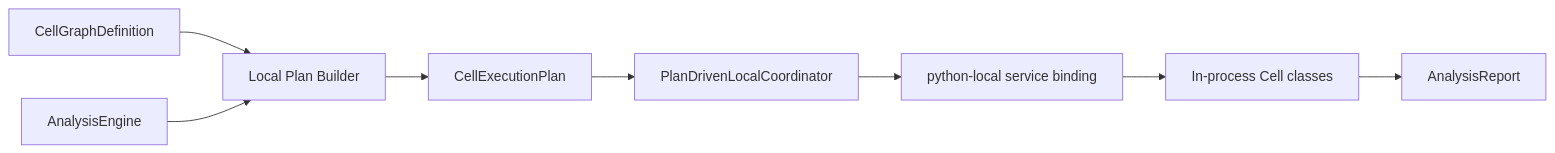
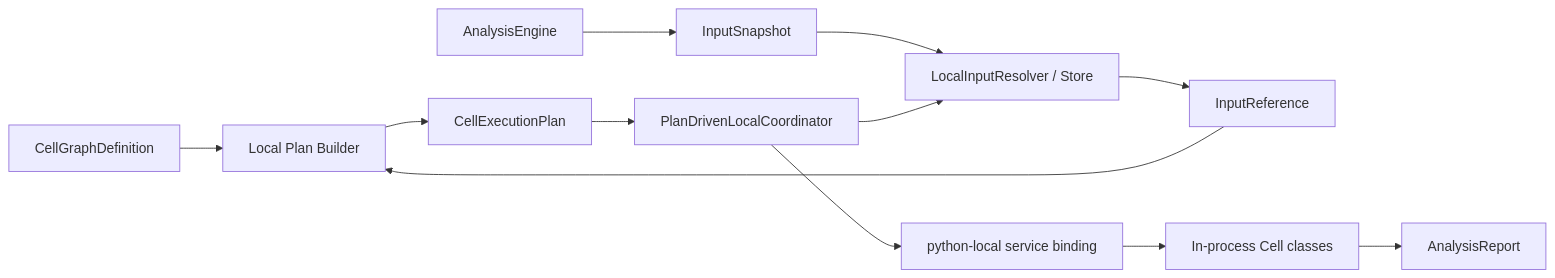
One commit to ModWU/market-cell changed the second of 3 diagrams in docs/cell_execution_fabric.md. Above: the diagram before and after it, drawn with Mermaid. The commit also changed other lines of this file and 42 other files, not shown here.

````diff
--- a/docs/cell_execution_fabric.md
+++ b/docs/cell_execution_fabric.md
@@ -334,10 +360,14 @@
 ```mermaid
 flowchart LR
     Graph["CellGraphDefinition"] --> Planner["Local Plan Builder"]
-    Engine["AnalysisEngine"] --> Planner
+    Engine["AnalysisEngine"] --> Snapshot["InputSnapshot"]
+    Snapshot --> Store["LocalInputResolver / Store"]
+    Store --> Reference["InputReference"]
+    Reference --> Planner
     Planner --> Plan["CellExecutionPlan"]
     Plan --> Coordinator["PlanDrivenLocalCoordinator"]
+    Coordinator --> Store
     Coordinator --> Local["python-local service binding"]
     Local --> Cells["In-process Cell classes"]
     Cells --> Report["AnalysisReport"]
 ```
````
